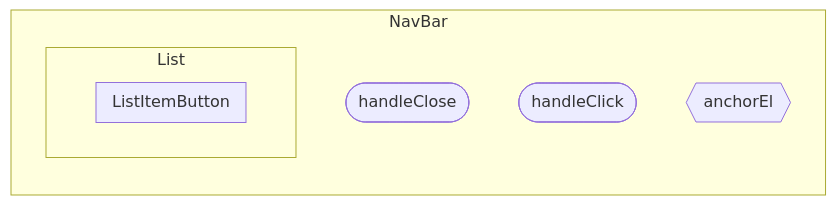
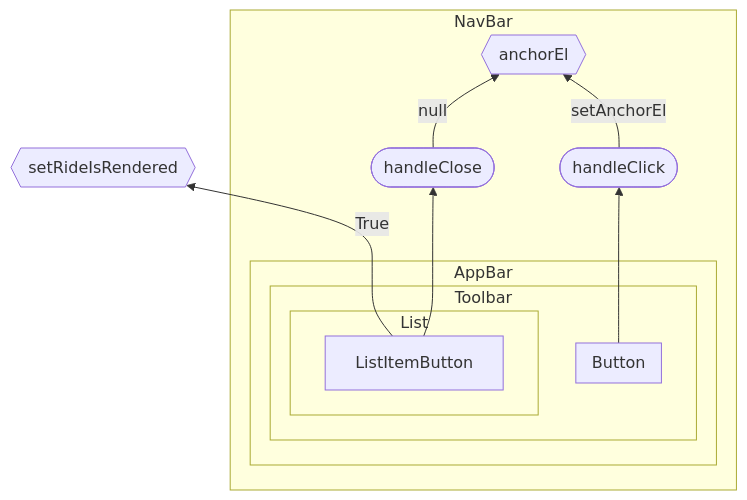
One commit to DTU-Master-Courses/LiraMapFrontEnd changed the diagram in docs/navbar_model.mmd. Above: the diagram before and after it, drawn with Mermaid. The commit also changed 6 other files, not shown here.

```diff
--- a/docs/navbar_model.mmd
+++ b/docs/navbar_model.mmd
@@ -1,10 +1,25 @@
 flowchart BT
+    setRideIsRendered{{setRideIsRendered}}
+    ListItemButton -- True --> setRideIsRendered
+
     subgraph NavBar
         handleClose([handleClose])
         handleClick([handleClick])
         anchorEl{{anchorEl}}
-        subgraph List
-            subgraph ListItemButton
+
+        ListItemButton --> handleClose
+        handleClose -- null --> anchorEl
+
+        Button --> handleClick
+        handleClick -- setAnchorEl --> anchorEl
+         
+        subgraph AppBar
+            subgraph Toolbar
+                subgraph Button
+                end
+                subgraph List
+                    ListItemButton
+                end
             end
         end
     end
```
